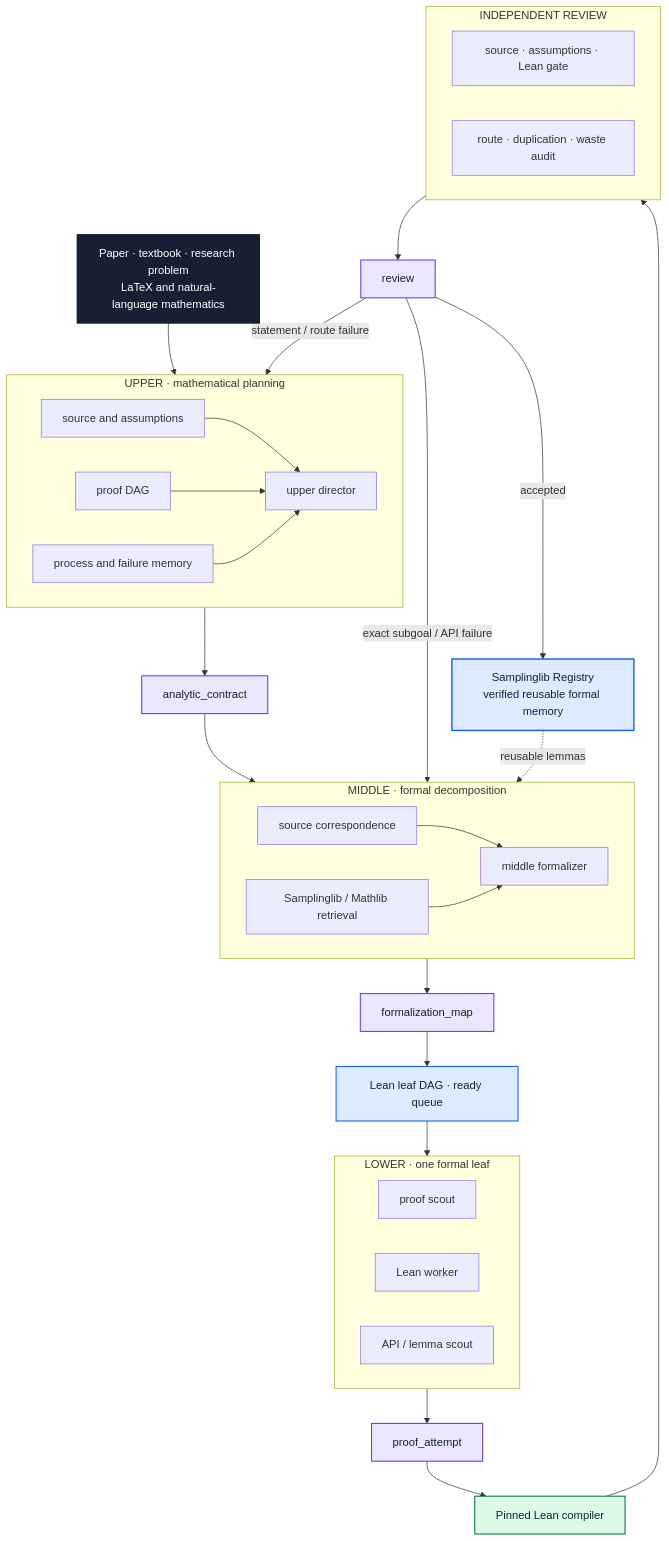
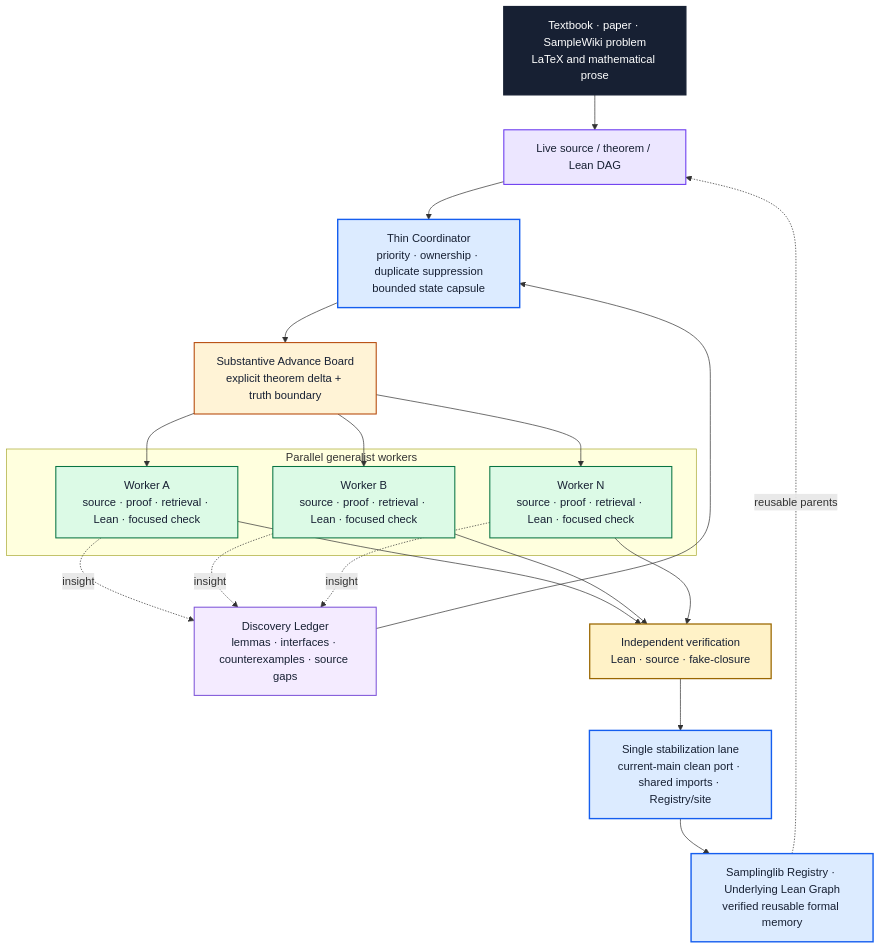
The diagram in README.md (DakeBU/Auto-Sampling-Theory-In-Sleep), drawn with Mermaid before and after one commit. The commit also changed other lines of this file, not shown here.

Commit message:
Make Substantive Advance Harness vNext canonical in README

````diff
--- a/README.md
+++ b/README.md
@@ -77,56 +120,42 @@
 ```mermaid
 flowchart TB
-  Source["Paper · textbook · research problem<br/>LaTeX and natural-language mathematics"]:::source
+  Source["Textbook · paper · SampleWiki problem<br/>LaTeX and mathematical prose"]:::source
+  DAG["Live source / theorem / Lean DAG"]:::dag
+  Coord["Thin Coordinator<br/>priority · ownership · duplicate suppression<br/>bounded state capsule"]:::coord
+  Board["Substantive Advance Board<br/>explicit theorem delta + truth boundary"]:::board
 
-  subgraph Upper["UPPER · mathematical planning"]
-    UM["source and assumptions"]
-    UD["proof DAG"]
-    UX["process and failure memory"]
-    UO["upper director"]
-    UM --> UO
-    UD --> UO
-    UX --> UO
+  subgraph Workers["Parallel generalist workers"]
+    W1["Worker A<br/>source · proof · retrieval · Lean · focused check"]:::worker
+    W2["Worker B<br/>source · proof · retrieval · Lean · focused check"]:::worker
+    WN["Worker N<br/>source · proof · retrieval · Lean · focused check"]:::worker
   end
 
-  AC["analytic_contract"]:::artifact
+  Discovery["Discovery Ledger<br/>lemmas · interfaces · counterexamples · source gaps"]:::discovery
+  Verify["Independent verification<br/>Lean · source · fake-closure"]:::verify
+  Stabilize["Single stabilization lane<br/>current-main clean port · shared imports · Registry/site"]:::stable
+  Registry["Samplinglib Registry · Underlying Lean Graph<br/>verified reusable formal memory"]:::registry
 
-  subgraph Middle["MIDDLE · formal decomposition"]
-    MS["source correspondence"]
-    MR["Samplinglib / Mathlib retrieval"]
-    MF["middle formalizer"]
-    MS --> MF
-    MR --> MF
-  end
-
-  FM["formalization_map"]:::artifact
-  Queue["Lean leaf DAG · ready queue"]:::queue
-
-  subgraph Lower["LOWER · one formal leaf"]
-    L1["proof scout"]
-    L2["Lean worker"]
-    L3["API / lemma scout"]
-  end
-
-  PA["proof_attempt"]:::artifact
-  Lean["Pinned Lean compiler"]:::lean
-
-  subgraph Review["INDEPENDENT REVIEW"]
-    RG["source · assumptions · Lean gate"]
-    RW["route · duplication · waste audit"]
-  end
-
-  RV["review"]:::artifact
-  Registry["Samplinglib Registry<br/>verified reusable formal memory"]:::registry
-
-  Source --> Upper --> AC --> Middle --> FM --> Queue --> Lower --> PA --> Lean --> Review --> RV
-  RV -->|accepted| Registry
-  RV -->|exact subgoal / API failure| Middle
-  RV -->|statement / route failure| Upper
-  Registry -. reusable lemmas .-> Middle
+  Source --> DAG --> Coord --> Board
+  Board --> W1
+  Board --> W2
+  Board --> WN
+  W1 -. insight .-> Discovery
+  W2 -. insight .-> Discovery
+  WN -. insight .-> Discovery
+  W1 --> Verify
+  W2 --> Verify
+  WN --> Verify
+  Verify --> Stabilize --> Registry
+  Discovery --> Coord
+  Registry -. reusable parents .-> DAG
 
   classDef source fill:#172033,stroke:#172033,color:#fff,stroke-width:2px;
-  classDef artifact fill:#ECE6FF,stroke:#6938EF,color:#172033,stroke-width:1.5px;
-  classDef queue fill:#DCEBFF,stroke:#155EEF,color:#172033,stroke-width:1.5px;
-  classDef lean fill:#DCFAE6,stroke:#087443,color:#172033,stroke-width:1.5px;
+  classDef dag fill:#ECE6FF,stroke:#6938EF,color:#172033,stroke-width:1.5px;
+  classDef coord fill:#DCEBFF,stroke:#155EEF,color:#172033,stroke-width:2px;
+  classDef board fill:#FFF3D6,stroke:#B54708,color:#172033,stroke-width:1.5px;
+  classDef worker fill:#DCFAE6,stroke:#087443,color:#172033,stroke-width:1.5px;
+  classDef discovery fill:#F4EBFF,stroke:#7F56D9,color:#172033,stroke-width:1.5px;
+  classDef verify fill:#FFF2C7,stroke:#9A6700,color:#172033,stroke-width:1.8px;
+  classDef stable fill:#DCEBFF,stroke:#155EEF,color:#172033,stroke-width:2px;
   classDef registry fill:#DCEBFF,stroke:#155EEF,color:#172033,stroke-width:2px;
 ```
````
